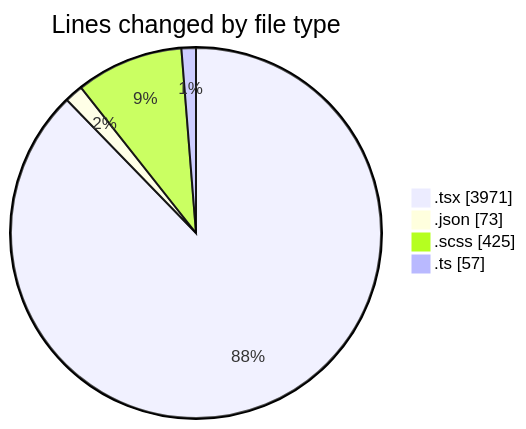
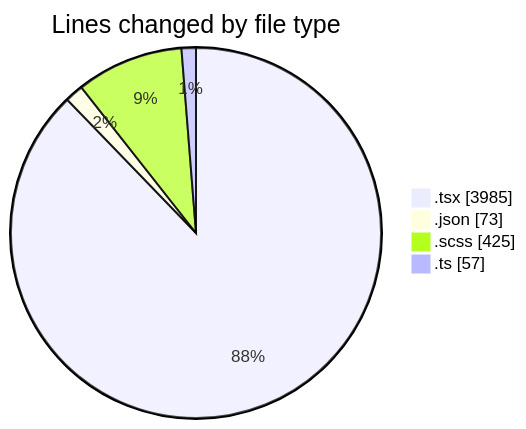
Before and after one commit to momahboobian/code-tracking: the first of 2 diagrams in 2025-10-02/cda/README.md, drawn with Mermaid. The commit also changed other lines of this file and 1 other file, not shown here.

````diff
--- a/2025-10-02/cda/README.md
+++ b/2025-10-02/cda/README.md
@@ -29,8 +29,8 @@
 ```mermaid
 pie showData
 title Lines changed by file type
-".tsx" : 3971
+".tsx" : 3985
 ".json" : 73
 ".scss" : 425
 ".ts" : 57
 ```
````
